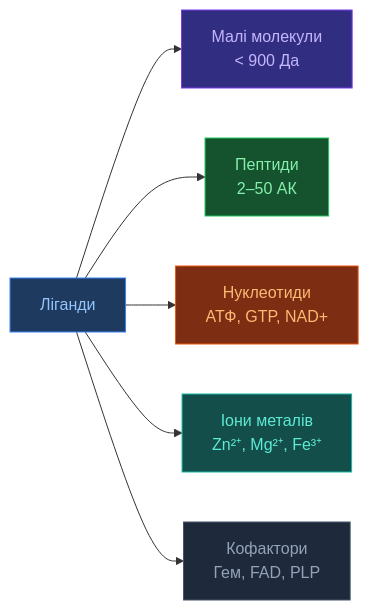
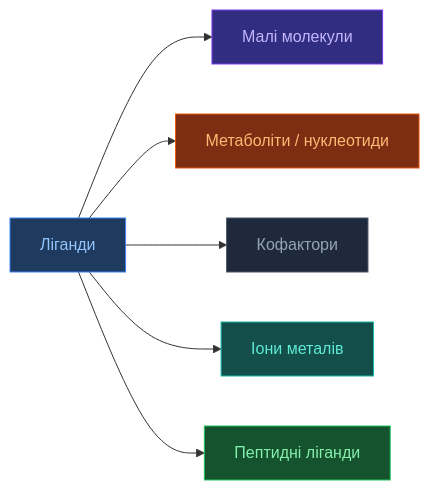
One commit to OlehVolkov/AlphaFold3-AIGen-KnowledgeBase changed the first of 2 diagrams in UA/2. Концепції/2.1. Біологія/2.1.3. Ліганди та малі молекули.md. Above: the diagram before and after it, drawn with Mermaid. The commit also changed other lines of this file and 33 other files, not shown here.

````diff
--- a/UA/2. Концепції/2.1. Біологія/2.1.3. Ліганди та малі молекули.md
+++ b/UA/2. Концепції/2.1. Біологія/2.1.3. Ліганди та малі молекули.md
@@ -17,18 +41,22 @@
 ```mermaid
 flowchart LR
     L["Ліганди"]:::input
-    SM["Малі молекули<br/>< 900 Да"]:::trunk
-    PEP["Пептиди<br/>2–50 АК"]:::diffusion
-    NUC["Нуклеотиди<br/>АТФ, GTP, NAD+"]:::confidence
-    ION["Іони металів<br/>Zn²⁺, Mg²⁺, Fe³⁺"]:::output
-    COF["Кофактори<br/>Гем, FAD, PLP"]:::neutral
+    SM["Малі молекули"]:::trunk
+    MET["Метаболіти / нуклеотиди"]:::confidence
+    COF["Кофактори"]:::neutral
+    ION["Іони металів"]:::output
+    PEP["Пептидні ліганди"]:::diffusion
 
-    L --> SM & PEP & NUC & ION & COF
+    L --> SM
+    L --> MET
+    L --> COF
+    L --> ION
+    L --> PEP
 
     classDef input fill:#1e3a5f,stroke:#3b82f6,color:#93c5fd
     classDef trunk fill:#312e81,stroke:#7c3aed,color:#c4b5fd
     classDef diffusion fill:#14532d,stroke:#22c55e,color:#86efac
     classDef confidence fill:#7c2d12,stroke:#ea580c,color:#fdba74
     classDef output fill:#134e4a,stroke:#14b8a6,color:#5eead4
     classDef neutral fill:#1e293b,stroke:#475569,color:#94a3b8
 ```
````
